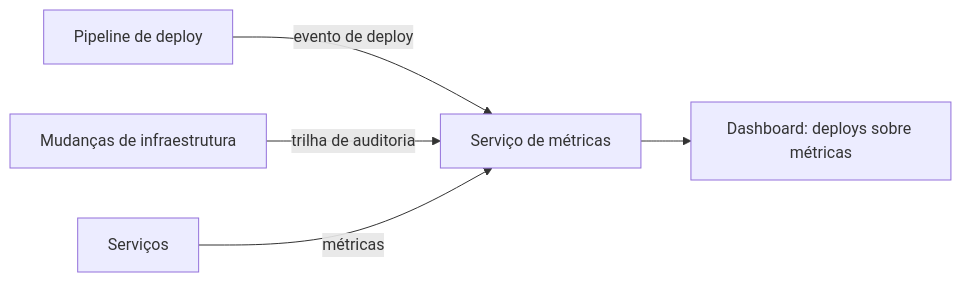
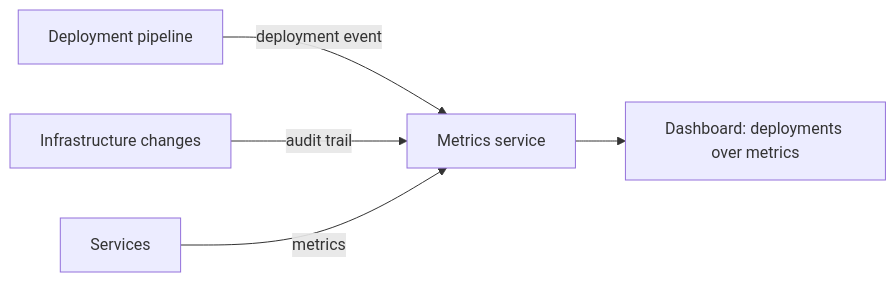
The diagram in docs/architecture/microservices/observability/log-deployments-and-changes.md (alancesar/design-patterns), drawn with Mermaid before and after one commit. The commit also changed 258 other files, not shown here.

First line of the commit message:
Translate Mermaid diagrams to English

````diff
--- a/docs/architecture/microservices/observability/log-deployments-and-changes.md
+++ b/docs/architecture/microservices/observability/log-deployments-and-changes.md
@@ -45,7 +45,7 @@
 ```mermaid
 flowchart LR
-    P["Pipeline de deploy"] -->|"evento de deploy"| M["Serviço de métricas"]
-    I["Mudanças de infraestrutura"] -->|"trilha de auditoria"| M
-    S["Serviços"] -->|"métricas"| M
-    M --> D["Dashboard: deploys sobre métricas"]
+    P["Deployment pipeline"] -->|"deployment event"| M["Metrics service"]
+    I["Infrastructure changes"] -->|"audit trail"| M
+    S["Services"] -->|"metrics"| M
+    M --> D["Dashboard: deployments over metrics"]
 ```
````
